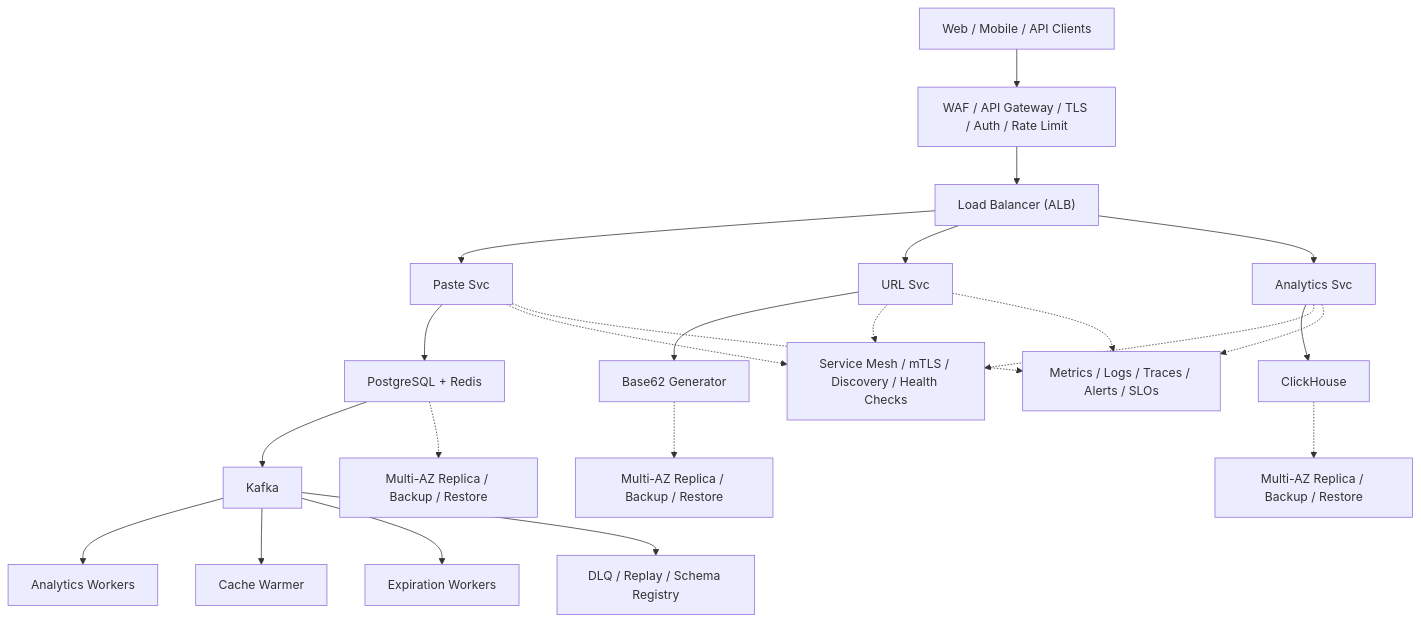
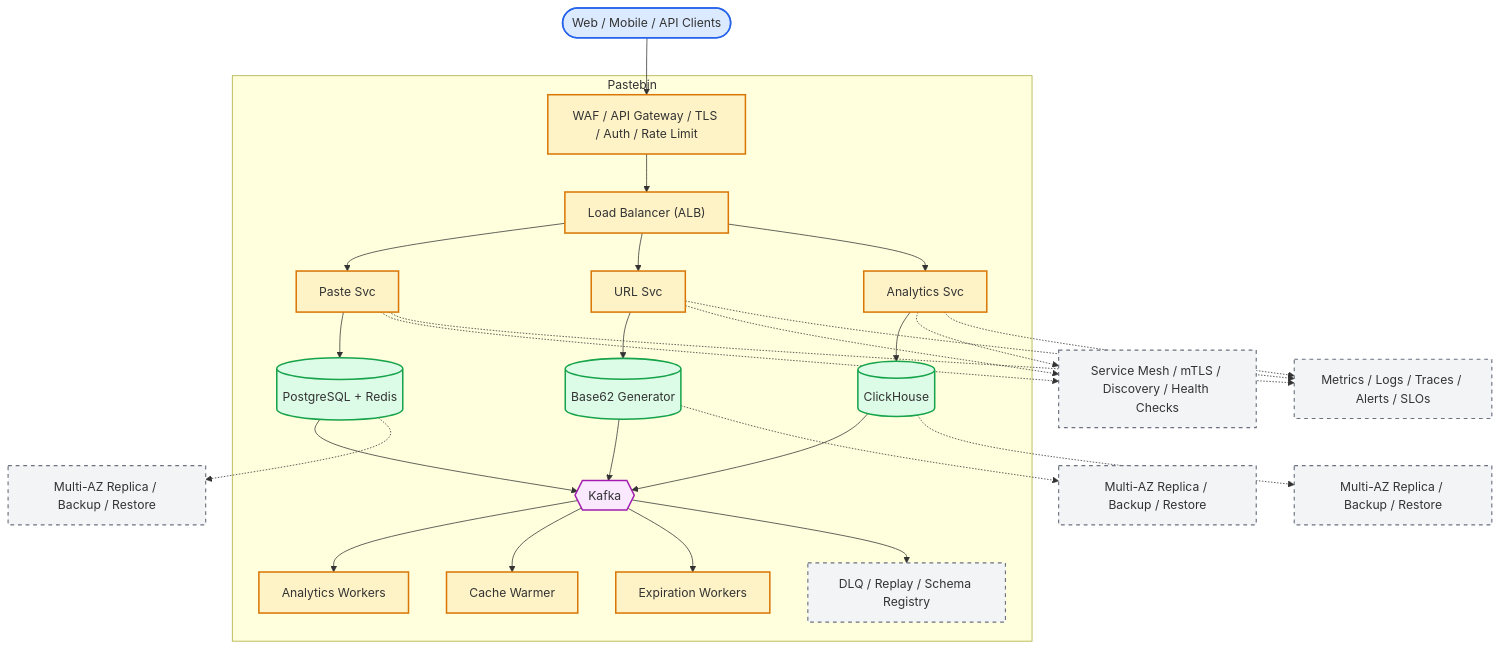
The diagram in system-design-pastebin.md (aishwary11/system-design), drawn with Mermaid before and after one commit. The commit also changed other lines of this file and 36 other files, not shown here.

First line of the commit message:
Standardize all diagrams on C4-style Mermaid template

````diff
--- a/system-design-pastebin.md
+++ b/system-design-pastebin.md
@@ -40,25 +40,65 @@
 ```mermaid
 flowchart TB
-    clients["Web / Mobile / API Clients"] --> edge["WAF / API Gateway / TLS / Auth / Rate Limit"]
-    edge --> lb["Load Balancer (ALB)"]
-    lb --> svc0["Paste Svc"]
-    lb --> svc1["URL Svc"]
-    lb --> svc2["Analytics Svc"]
-    svc0 --> store0["PostgreSQL + Redis"]
-    svc1 --> store1["Base62 Generator"]
-    svc2 --> store2["ClickHouse"]
-    store0 --> stream["Kafka"]
-    stream --> worker0["Analytics Workers"]
-    stream --> worker1["Cache Warmer"]
-    stream --> worker2["Expiration Workers"]
-    svc0 -.-> platform["Service Mesh / mTLS / Discovery / Health Checks"]
-    svc1 -.-> platform
-    svc2 -.-> platform
-    store0 -.-> backup0["Multi-AZ Replica / Backup / Restore"]
-    store1 -.-> backup1["Multi-AZ Replica / Backup / Restore"]
-    store2 -.-> backup2["Multi-AZ Replica / Backup / Restore"]
-    stream --> dlq["DLQ / Replay / Schema Registry"]
-    svc0 -.-> ops["Metrics / Logs / Traces / Alerts / SLOs"]
+    %% Actors (people)
+    clients(["Web / Mobile / API Clients"])
+
+    %% System boundary - containers owned by the platform
+    subgraph platform["Pastebin"]
+        edge["WAF / API Gateway / TLS / Auth / Rate Limit"]
+        lb["Load Balancer (ALB)"]
+        svc0["Paste Svc"]
+        svc1["URL Svc"]
+        svc2["Analytics Svc"]
+        store0[("PostgreSQL + Redis")]
+        store1[("Base62 Generator")]
+        store2[("ClickHouse")]
+        stream{{"Kafka"}}
+        worker0["Analytics Workers"]
+        worker1["Cache Warmer"]
+        worker2["Expiration Workers"]
+        dlq["DLQ / Replay / Schema Registry"]
+    end
+
+    %% Cross-cutting control plane (dashed edges)
+    mesh["Service Mesh / mTLS / Discovery / Health Checks"]
+    ops["Metrics / Logs / Traces / Alerts / SLOs"]
+    backup0["Multi-AZ Replica / Backup / Restore"]
+    backup1["Multi-AZ Replica / Backup / Restore"]
+    backup2["Multi-AZ Replica / Backup / Restore"]
+
+    clients --> edge
+    edge --> lb
+    lb --> svc0
+    lb --> svc1
+    lb --> svc2
+    svc0 --> store0
+    svc1 --> store1
+    svc2 --> store2
+    store0 --> stream
+    store1 --> stream
+    store2 --> stream
+    stream --> worker0
+    stream --> worker1
+    stream --> worker2
+    stream --> dlq
+    svc0 -.-> mesh
+    svc1 -.-> mesh
+    svc2 -.-> mesh
+    svc0 -.-> ops
     svc1 -.-> ops
     svc2 -.-> ops
+    store0 -.-> backup0
+    store1 -.-> backup1
+    store2 -.-> backup2
+
+    classDef actor fill:#dbeafe,stroke:#2563eb,stroke-width:2px
+    classDef service fill:#fef3c7,stroke:#d97706,stroke-width:2px
+    classDef store fill:#dcfce7,stroke:#16a34a,stroke-width:2px
+    classDef broker fill:#fae8ff,stroke:#a21caf,stroke-width:2px
+    classDef control fill:#f3f4f6,stroke:#6b7280,stroke-width:1.5px,stroke-dasharray:5 5
+    class clients actor
+    class edge,lb,svc0,svc1,svc2,worker0,worker1,worker2 service
+    class store0,store1,store2 store
+    class stream broker
+    class dlq,mesh,ops,backup0,backup1,backup2 control
 ```
````
